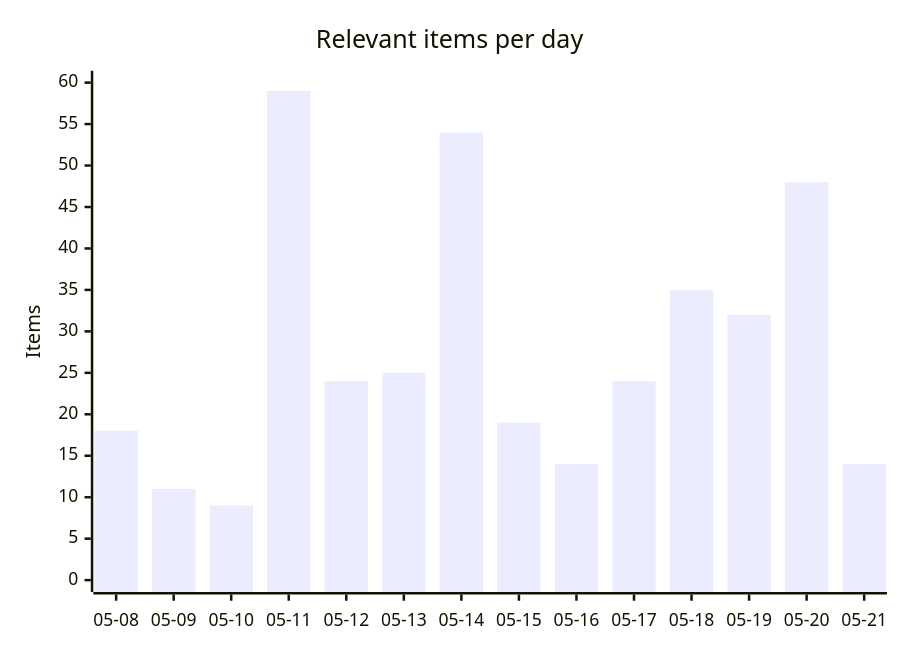
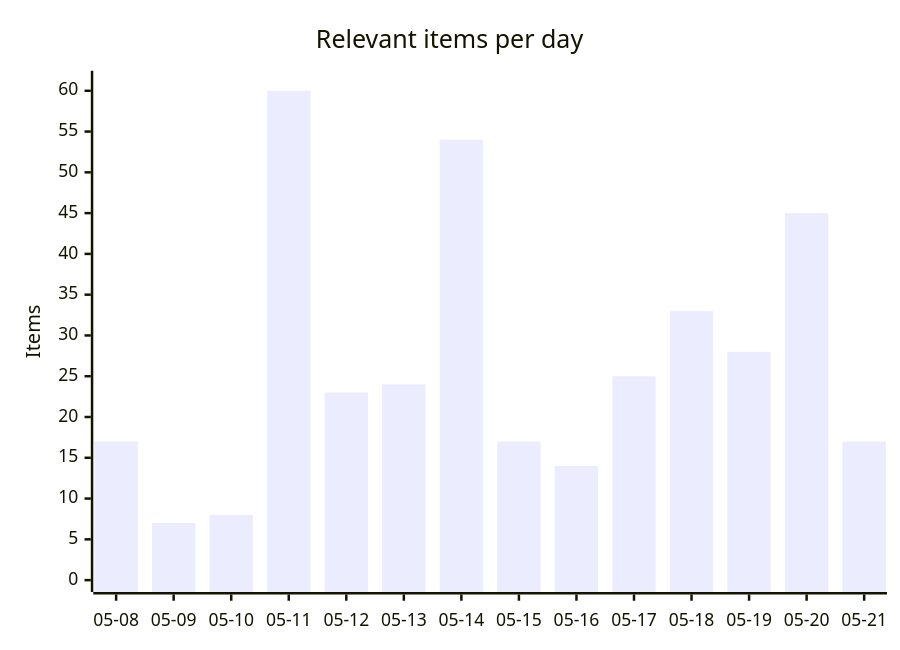
Before and after one commit to martinbalfanz/social-scanner-reports: the first of 4 diagrams in README.md, drawn with Mermaid. The commit also changed other lines of this file and 4 other files, not shown here.

````diff
--- a/README.md
+++ b/README.md
@@ -30,7 +30,7 @@
 ```mermaid
 xychart-beta
     title "Relevant items per day"
     x-axis ["05-08", "05-09", "05-10", "05-11", "05-12", "05-13", "05-14", "05-15", "05-16", "05-17", "05-18", "05-19", "05-20", "05-21"]
-    y-axis "Items" 0 --> 60
-    bar [18, 11, 9, 59, 24, 25, 54, 19, 14, 24, 35, 32, 48, 14]
+    y-axis "Items" 0 --> 61
+    bar [17, 7, 8, 60, 23, 24, 54, 17, 14, 25, 33, 28, 45, 17]
 ```
````
